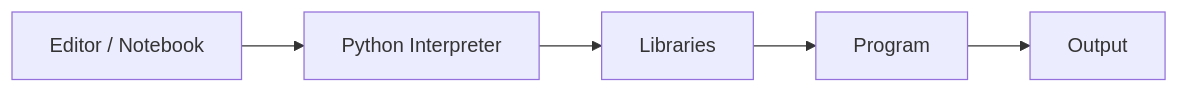
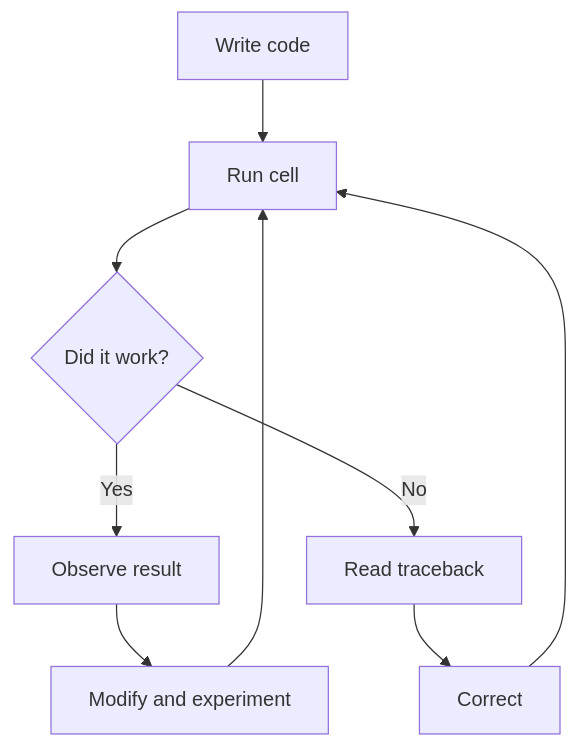
One commit to DIALVEBE/DataScienceProgramming changed the second of 11 diagrams in sessions/session-01_en.md. Above: the diagram before and after it, drawn with Mermaid. The commit also changed other lines of this file and 9 other files, not shown here.

````diff
--- a/sessions/session-01_en.md
+++ b/sessions/session-01_en.md
@@ -142,7 +48,11 @@
 ```mermaid
-flowchart LR
-    A[Editor / Notebook] --> B[Python Interpreter]
-    B --> C[Libraries]
-    C --> D[Program]
-    D --> E[Output]
+flowchart TD
+    A[Write code] --> B[Run cell]
+    B --> C{Did it work?}
+    C -- Yes --> D[Observe result]
+    C -- No --> E[Read traceback]
+    E --> F[Correct]
+    F --> B
+    D --> G[Modify and experiment]
+    G --> B
 ```
````
